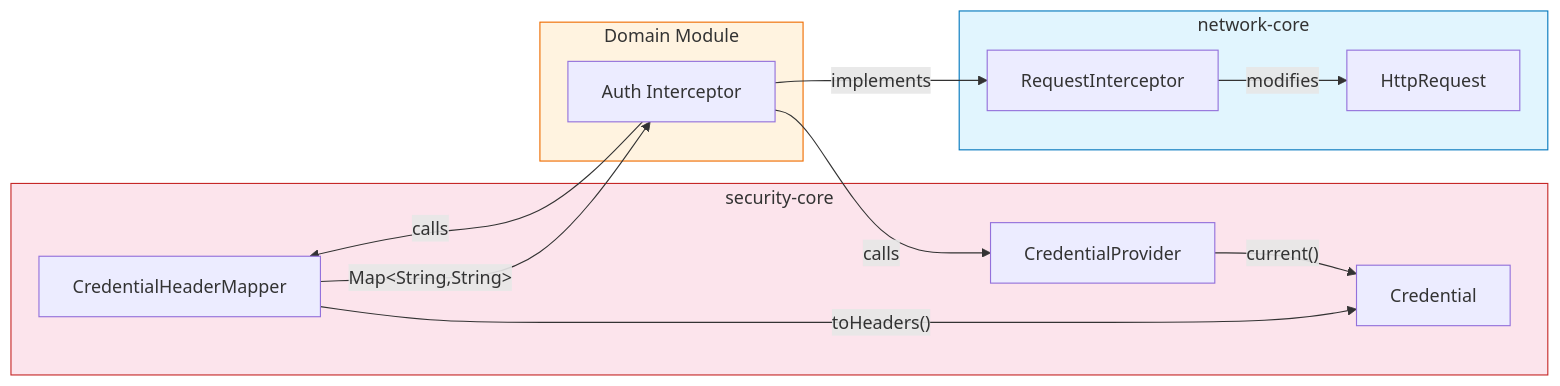
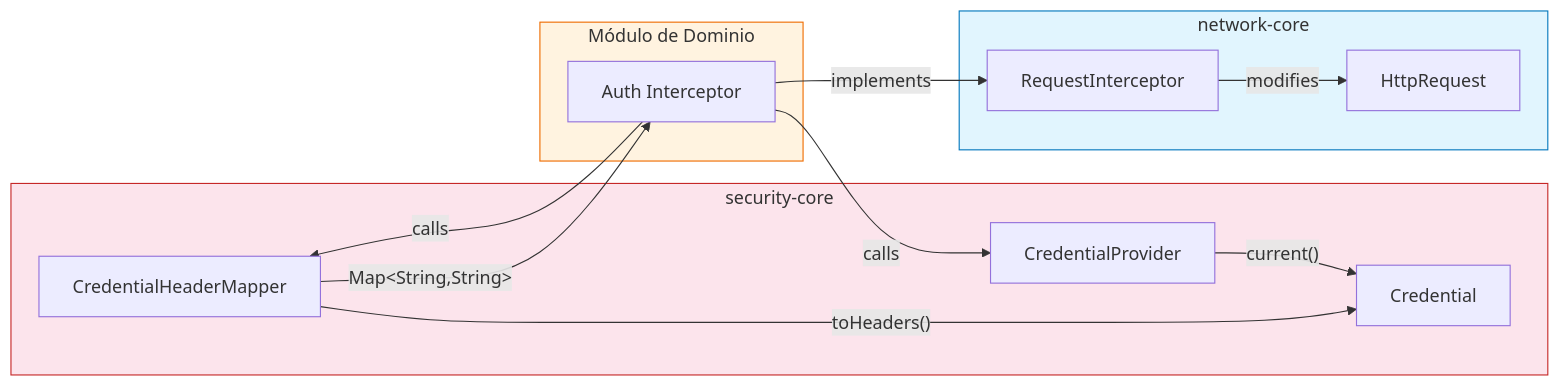
One commit to DanCrRdz93/core-data-platform changed the fourth of 4 diagrams in docs/diagrams/05-contract-relationships.md. Above: the diagram before and after it, drawn with Mermaid. The commit also changed other lines of this file and 20 other files, not shown here.

````diff
--- a/docs/diagrams/05-contract-relationships.md
+++ b/docs/diagrams/05-contract-relationships.md
@@ -285,29 +285,29 @@
 ```mermaid
 graph LR
     subgraph security-core["security-core"]
         CP["CredentialProvider"]
         CHM["CredentialHeaderMapper"]
         CR["Credential"]
         CP -->|"current()"| CR
         CHM -->|"toHeaders()"| CR
     end
 
     subgraph network-core["network-core"]
         RI["RequestInterceptor"]
         HR["HttpRequest"]
         RI -->|"modifies"| HR
     end
 
-    subgraph consumer["Domain Module"]
+    subgraph consumer["Módulo de Dominio"]
         AI["Auth Interceptor"]
         AI -->|"calls"| CP
         AI -->|"calls"| CHM
         AI -->|"implements"| RI
     end
 
     CHM -->|"Map&lt;String,String&gt;"| AI
 
     style security-core fill:#fce4ec,stroke:#c62828
     style network-core fill:#e1f5fe,stroke:#0277bd
     style consumer fill:#fff3e0,stroke:#ef6c00
 ```
````
